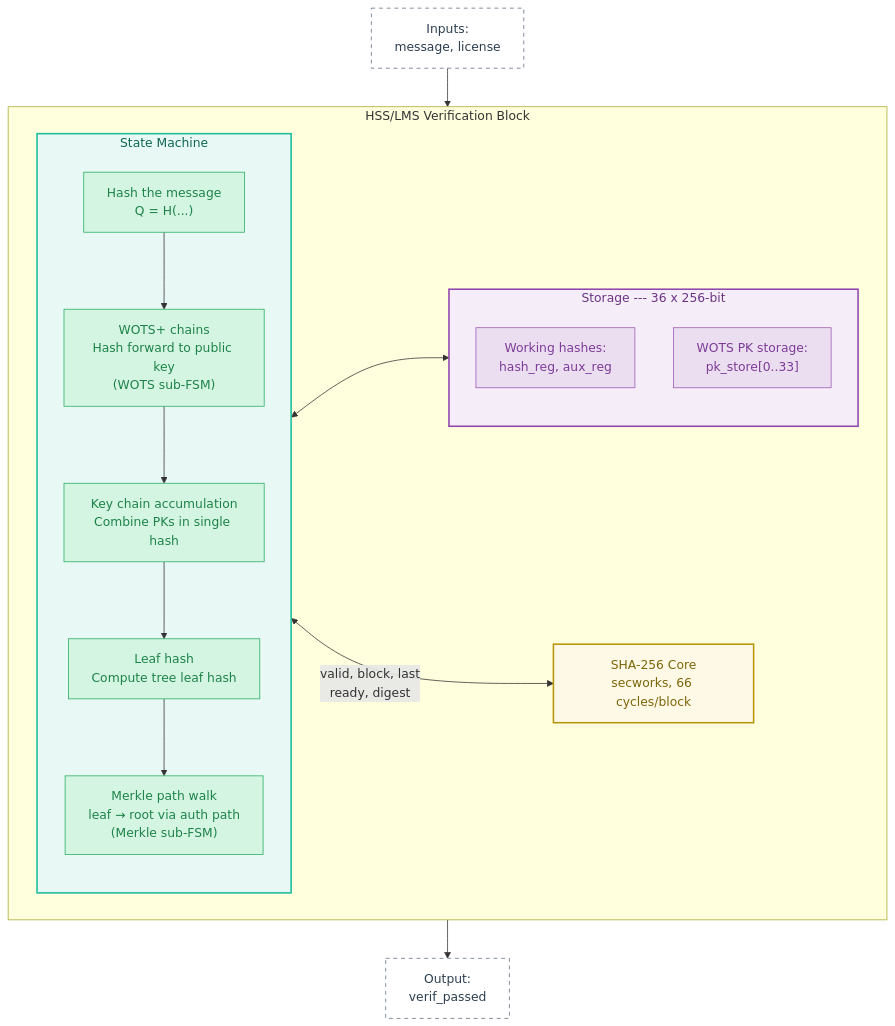
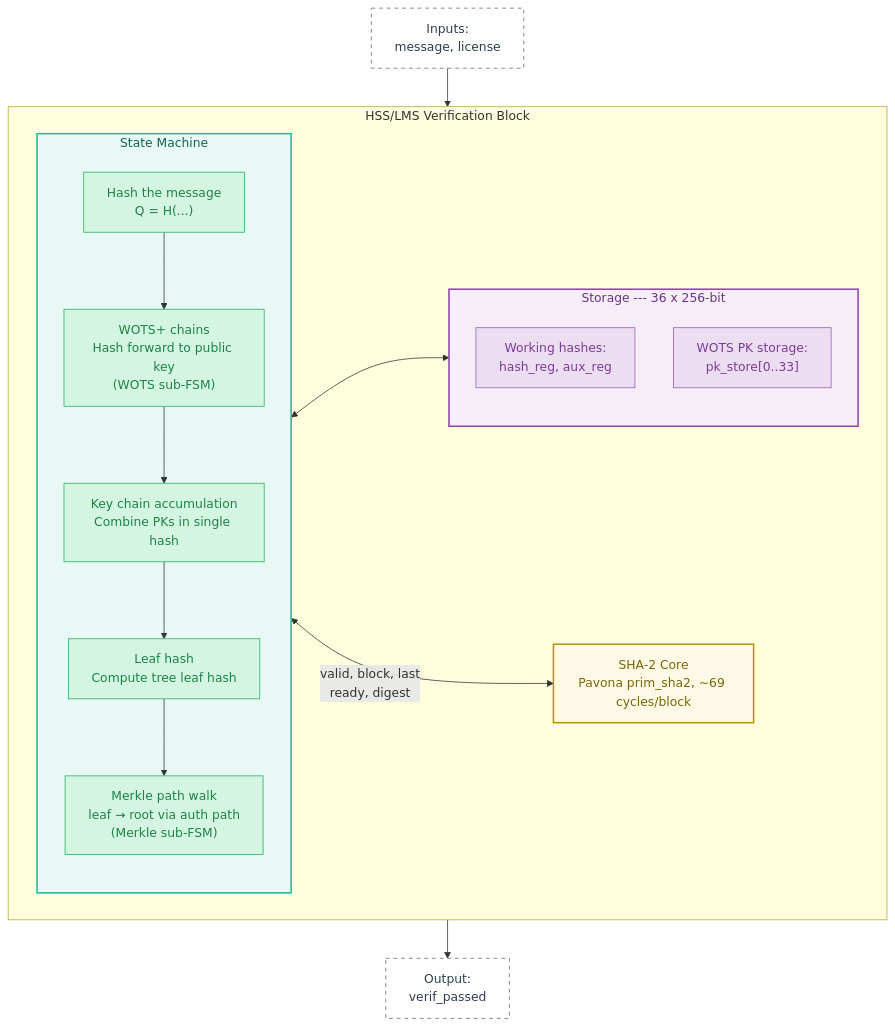
The fourth of 4 diagrams in README.md (JamesPetrie/off-switch), drawn with Mermaid before and after one commit. The commit also changed other lines of this file and 10 other files, not shown here.

First line of the commit message:
Replace secworks SHA-256 with Pavona SHA-2 compression core

````diff
--- a/README.md
+++ b/README.md
@@ -535,49 +535,49 @@
 ```mermaid
 flowchart TB
     subgraph HSS["HSS/LMS Verification Block"]
         direction LR
 
         subgraph SM["State Machine"]
             direction TB
             SM_Q["Hash the message<br/>Q = H(...)"]
             SM_WOTS["WOTS+ chains<br/>Hash forward to public key<br/>(WOTS sub-FSM)"]
             SM_KC["Key chain accumulation<br/>Combine PKs in single hash"]
             SM_LEAF["Leaf hash<br/>Compute tree leaf hash"]
             SM_MRKL["Merkle path walk<br/>leaf → root via auth path<br/>(Merkle sub-FSM)"]
 
             SM_Q    --> SM_WOTS
             SM_WOTS --> SM_KC
             SM_KC   --> SM_LEAF
             SM_LEAF --> SM_MRKL
         end
 
         subgraph REGS["Storage --- 36 x 256-bit"]
             direction TB
             R_HASH["Working hashes:<br/>hash_reg, aux_reg"]
             R_PK["WOTS PK storage:<br/>pk_store[0..33]"]
         end
 
-        ENG["SHA-256 Core<br/>secworks, 66 cycles/block"]
+        ENG["SHA-2 Core<br/>Pavona prim_sha2, ~69 cycles/block"]
 
         SM <--> REGS
         SM <-->|"valid, block, last<br/>ready, digest"| ENG
     end
 
     EXT_IN["Inputs:<br/>message, license"] --> HSS
     HSS --> EXT_OUT["Output:<br/>verif_passed"]
 
     classDef outer    fill:#f0f7ff,stroke:#2563eb,stroke-width:2px,color:#1e40af
     classDef smbox    fill:#e8f8f5,stroke:#1abc9c,stroke-width:2px,color:#0e6655
     classDef smnode   fill:#d5f5e3,stroke:#27ae60,stroke-width:1px,color:#1d8348
     classDef regsbox  fill:#f5eef8,stroke:#8e44ad,stroke-width:2px,color:#6c3483
     classDef regsnode fill:#ebdef0,stroke:#9b59b6,stroke-width:1px,color:#7d3c98
     classDef engbox   fill:#fef9e7,stroke:#b7950b,stroke-width:2px,color:#7d6608
     classDef external fill:#ffffff,stroke:#5d6d7e,stroke-width:1px,stroke-dasharray: 5 5,color:#2c3e50
 
     class SM smbox
     class SM_Q,SM_WOTS,SM_KC,SM_LEAF,SM_MRKL smnode
     class REGS regsbox
     class R_HASH,R_PK regsnode
     class ENG engbox
     class EXT_IN,EXT_OUT external
 ```
````
